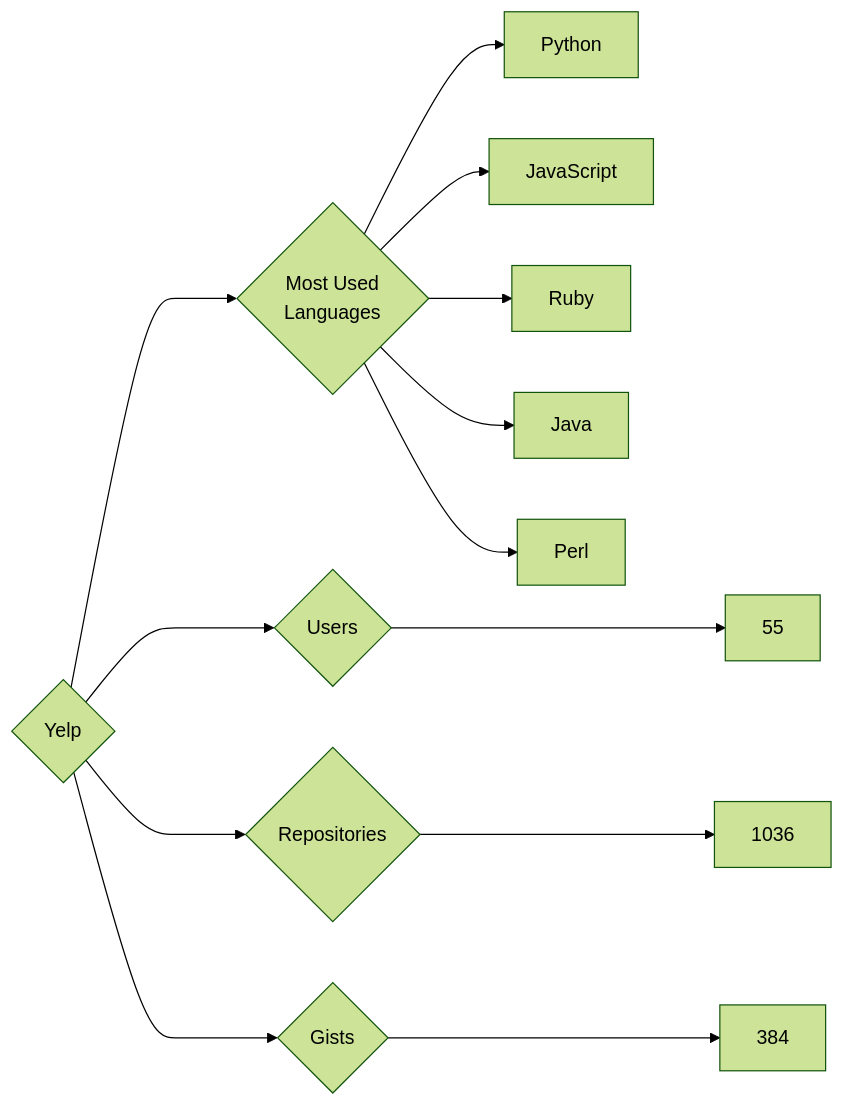
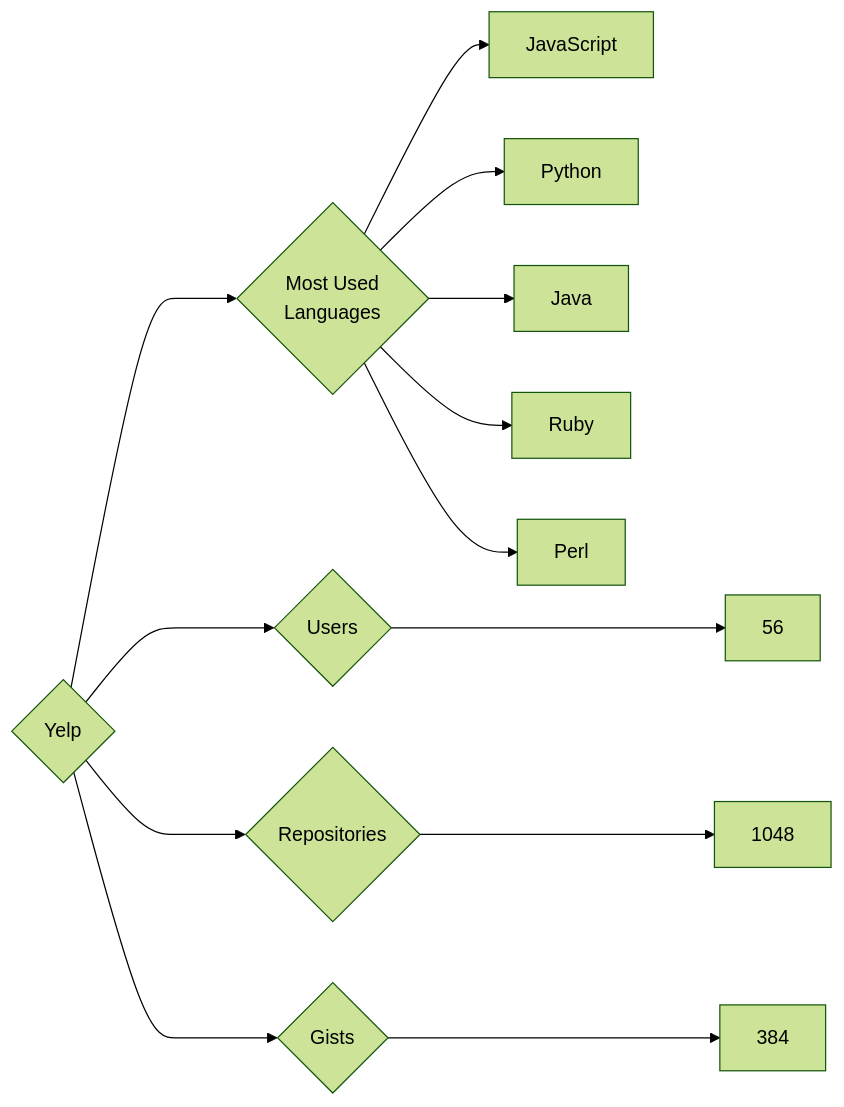
One commit to trickest/insiders changed the diagram in targets/Yelp/README.md. Above: the diagram before and after it, drawn with Mermaid (forest theme). The commit also changed 444 other files, not shown here.

````diff
--- a/targets/Yelp/README.md
+++ b/targets/Yelp/README.md
@@ -3,13 +3,13 @@
 ```mermaid
 graph LR
 COMPANY_NAME{Yelp}
-COMPANY_NAME ---> U{Users} ---> UN[55]
-COMPANY_NAME ---> R{Repositories} ---> RN[1036]
+COMPANY_NAME ---> U{Users} ---> UN[56]
+COMPANY_NAME ---> R{Repositories} ---> RN[1048]
 COMPANY_NAME ---> G{Gists} ---> GN[384]
 COMPANY_NAME ---> ML{Most Used<br>Languages}
+ML --> JavaScript[JavaScript]
 ML --> Python[Python]
-ML --> JavaScript[JavaScript]
+ML --> Java[Java]
 ML --> Ruby[Ruby]
-ML --> Java[Java]
 ML --> Perl[Perl]
 ```
````
